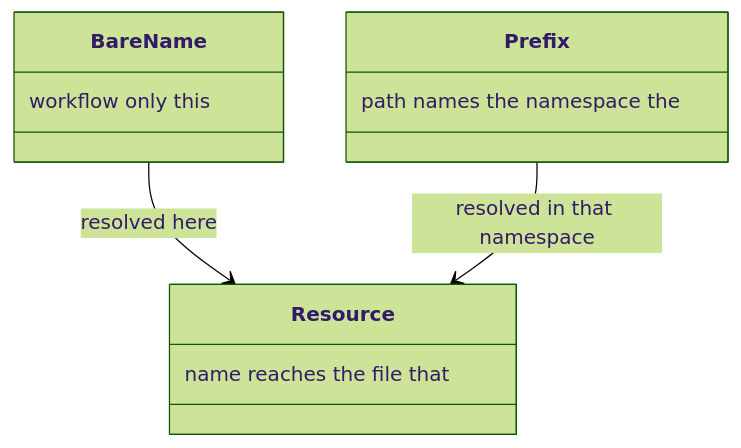
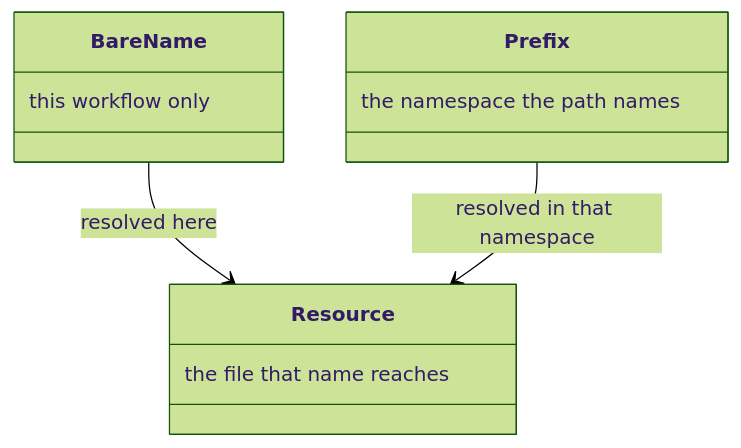
Before and after one commit to m2ux/workflow-server: the fourth of 8 diagrams in docs/resource.md, drawn with Mermaid (forest theme). The commit also changed other lines of this file and 10 other files, not shown here.

Commit message:
Write each class-box note in reading order so the diagram shows the phrase as written.

````diff
--- a/docs/resource.md
+++ b/docs/resource.md
@@ -76,14 +76,14 @@
 ```mermaid
 classDiagram
   class BareName {
-    workflow only this
+    this workflow only
   }
   class Prefix {
-    path names the namespace the
+    the namespace the path names
   }
   class Resource {
-    name reaches the file that
+    the file that name reaches
   }
   BareName --> Resource : resolved here
   Prefix --> Resource : resolved in that namespace
 ```
````
